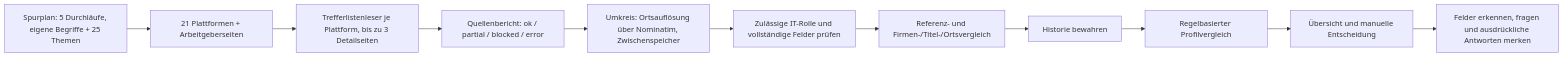
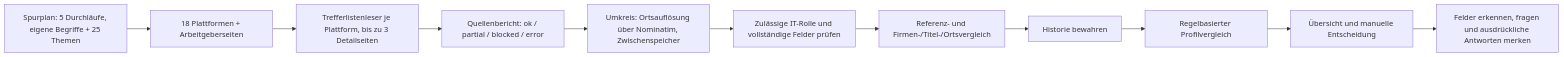
The diagram in docs/ARCHITEKTUR.md (Jorxas/JobPilot), drawn with Mermaid before and after one commit. The commit also changed other lines of this file and 5 other files, not shown here.

````diff
--- a/docs/ARCHITEKTUR.md
+++ b/docs/ARCHITEKTUR.md
@@ -3,13 +3,13 @@
 ```mermaid
 flowchart LR
-  Q[Spurplan: 5 Durchläufe, eigene Begriffe + 25 Themen] --> S[21 Plattformen + Arbeitgeberseiten]
+  Q[Spurplan: 5 Durchläufe, eigene Begriffe + 25 Themen] --> S[18 Plattformen + Arbeitgeberseiten]
   S --> K[Trefferlistenleser je Plattform, bis zu 3 Detailseiten]
   K --> R[Quellenbericht: ok / partial / blocked / error]
   R --> U2[Umkreis: Ortsauflösung über Nominatim, Zwischenspeicher]
   U2 --> I[Zulässige IT-Rolle und vollständige Felder prüfen]
   I --> D[Referenz- und Firmen-/Titel-/Ortsvergleich]
   D --> H[Historie bewahren]
   H --> B[Regelbasierter Profilvergleich]
   B --> U[Übersicht und manuelle Entscheidung]
   U --> F[Felder erkennen, fragen und ausdrückliche Antworten merken]
 ```
````
